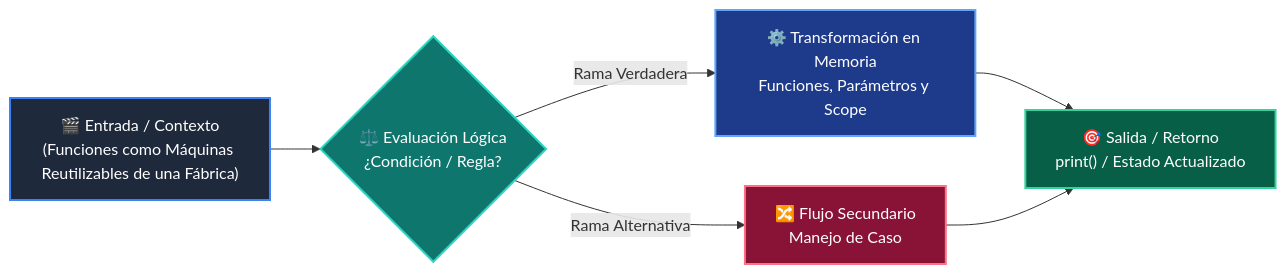
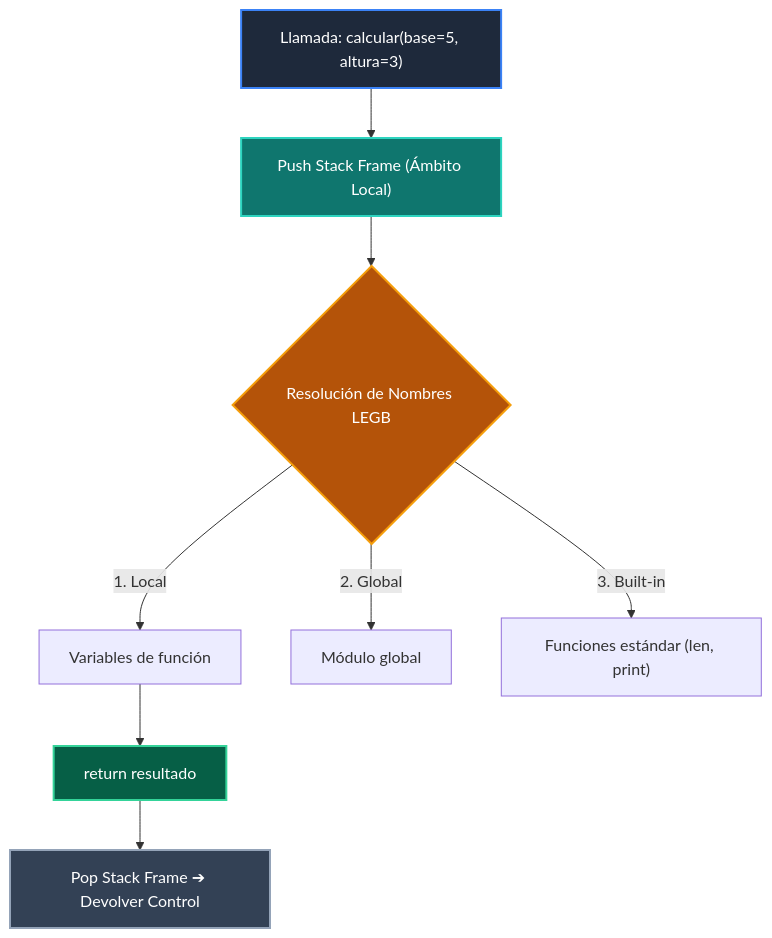
Before and after one commit to wisrovi/wisrovi-python: the diagram in 01-fundamentos-python/clase-07-funciones/README.md, drawn with Mermaid. The commit also changed other lines of this file and 271 other files, not shown here.

Commit message:
docs: rewrite all README.md files with bespoke topic-specific Mermaid diagrams and remove repetitive boilerplate

````diff
--- a/01-fundamentos-python/clase-07-funciones/README.md
+++ b/01-fundamentos-python/clase-07-funciones/README.md
@@ -35,14 +12,16 @@
 ```mermaid
-flowchart LR
-    A["🎬 Entrada / Contexto<br/>(Funciones como Máquinas Reutilizables de una Fábrica)"] --> B{"⚖️ Evaluación Lógica<br/>¿Condición / Regla?"}
-    B -->|Rama Verdadera| C["⚙️ Transformación en Memoria<br/>Funciones, Parámetros y Scope"]
-    B -->|Rama Alternativa| D["🔀 Flujo Secundario<br/>Manejo de Caso"]
-    C --> E["🎯 Salida / Retorno<br/>print() / Estado Actualizado"]
-    D --> E
+flowchart TD
+    CALL["Llamada: calcular(base=5, altura=3)"] --> FRAME["Push Stack Frame (Ámbito Local)"]
+    FRAME --> SCOPE{"Resolución de Nombres LEGB"}
+    SCOPE -->|1. Local| L_VAR["Variables de función"]
+    SCOPE -->|2. Global| G_VAR["Módulo global"]
+    SCOPE -->|3. Built-in| B_VAR["Funciones estándar (len, print)"]
+    L_VAR --> RET["return resultado"]
+    RET --> POP_F["Pop Stack Frame ➔ Devolver Control"]
 
-    style A fill:#1e293b,color:#ffffff,stroke:#3b82f6,stroke-width:2px
-    style B fill:#0f766e,color:#ffffff,stroke:#2dd4bf,stroke-width:2px
-    style C fill:#1e3a8a,color:#ffffff,stroke:#60a5fa,stroke-width:2px
-    style D fill:#881337,color:#ffffff,stroke:#fb7185,stroke-width:2px
-    style E fill:#065f46,color:#ffffff,stroke:#34d399,stroke-width:2px
+    style CALL fill:#1e293b,color:#fff,stroke:#3b82f6,stroke-width:2px
+    style FRAME fill:#0f766e,color:#fff,stroke:#2dd4bf,stroke-width:2px
+    style SCOPE fill:#b45309,color:#fff,stroke:#f59e0b,stroke-width:2px
+    style RET fill:#065f46,color:#fff,stroke:#34d399,stroke-width:2px
+    style POP_F fill:#334155,color:#fff,stroke:#94a3b8,stroke-width:2px
 ```
````
